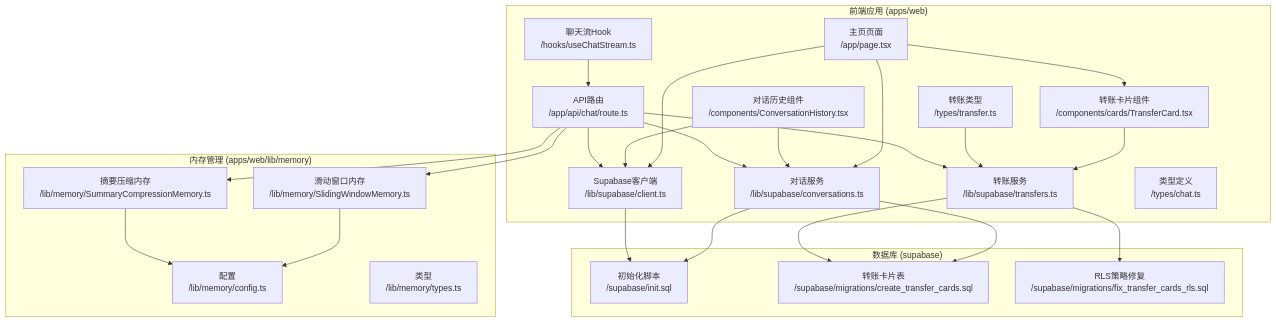
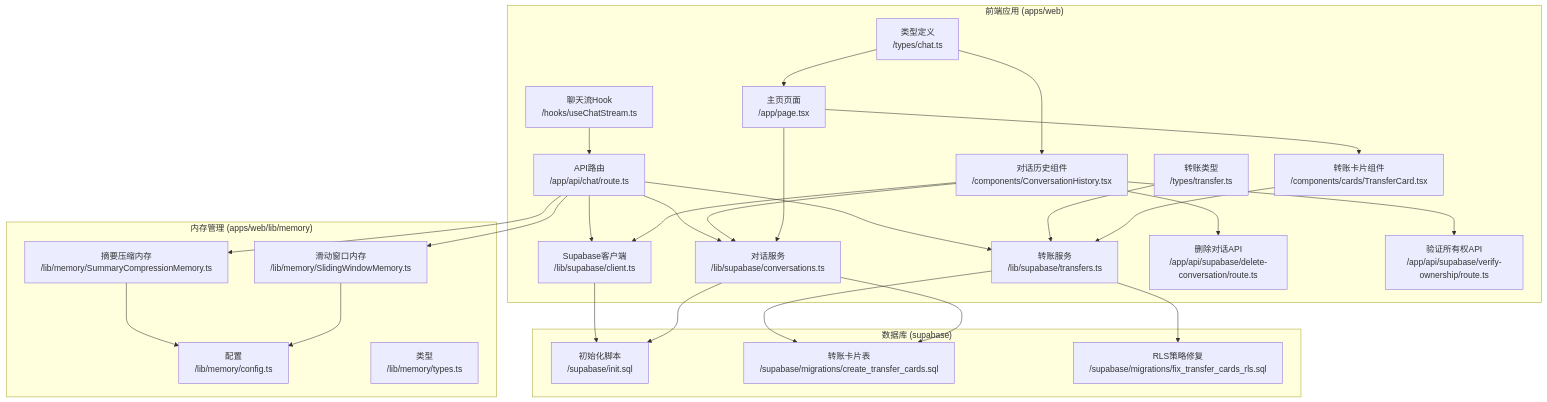
The first of 18 diagrams in .qoder/repowiki/zh/content/核心技能详解/对话持久化系统.md (CryptoLinxu/Web3-AI-Agent), drawn with Mermaid before and after one commit. The commit also changed other lines of this file and 12 other files, not shown here.

````diff
--- a/.qoder/repowiki/zh/content/核心技能详解/对话持久化系统.md
+++ b/.qoder/repowiki/zh/content/核心技能详解/对话持久化系统.md
@@ -61,46 +65,51 @@
 ```mermaid
 graph TB
 subgraph "前端应用 (apps/web)"
 A[API路由<br/>/app/api/chat/route.ts]
 B[聊天流Hook<br/>/hooks/useChatStream.ts]
 C[对话历史组件<br/>/components/ConversationHistory.tsx]
 D[Supabase客户端<br/>/lib/supabase/client.ts]
 E[对话服务<br/>/lib/supabase/conversations.ts]
 F[转账服务<br/>/lib/supabase/transfers.ts]
 G[类型定义<br/>/types/chat.ts]
 H[转账类型<br/>/types/transfer.ts]
 I[主页页面<br/>/app/page.tsx]
 J[转账卡片组件<br/>/components/cards/TransferCard.tsx]
+K[删除对话API<br/>/app/api/supabase/delete-conversation/route.ts]
+L[验证所有权API<br/>/app/api/supabase/verify-ownership/route.ts]
 end
 subgraph "内存管理 (apps/web/lib/memory)"
-K[摘要压缩内存<br/>/lib/memory/SummaryCompressionMemory.ts]
-L[滑动窗口内存<br/>/lib/memory/SlidingWindowMemory.ts]
-M[配置<br/>/lib/memory/config.ts]
-N[类型<br/>/lib/memory/types.ts]
+M[摘要压缩内存<br/>/lib/memory/SummaryCompressionMemory.ts]
+N[滑动窗口内存<br/>/lib/memory/SlidingWindowMemory.ts]
+O[配置<br/>/lib/memory/config.ts]
+P[类型<br/>/lib/memory/types.ts]
 end
 subgraph "数据库 (supabase)"
-O[初始化脚本<br/>/supabase/init.sql]
-P[转账卡片表<br/>/supabase/migrations/create_transfer_cards.sql]
-Q[RLS策略修复<br/>/supabase/migrations/fix_transfer_cards_rls.sql]
+Q[初始化脚本<br/>/supabase/init.sql]
+R[转账卡片表<br/>/supabase/migrations/create_transfer_cards.sql]
+S[RLS策略修复<br/>/supabase/migrations/fix_transfer_cards_rls.sql]
 end
 A --> D
 A --> E
 A --> F
 B --> A
 C --> E
 C --> D
-D --> O
-E --> O
-F --> P
-F --> Q
-E --> P
+C --> K
+C --> L
+D --> Q
+E --> Q
+F --> R
+F --> S
+E --> R
+G --> I
+G --> C
 H --> F
+I --> J
+I --> E
 J --> F
-K --> M
-L --> M
-A --> K
-A --> L
-I --> D
-I --> E
-I --> J
+M --> O
+N --> O
+A --> M
+A --> N
 ```
````
